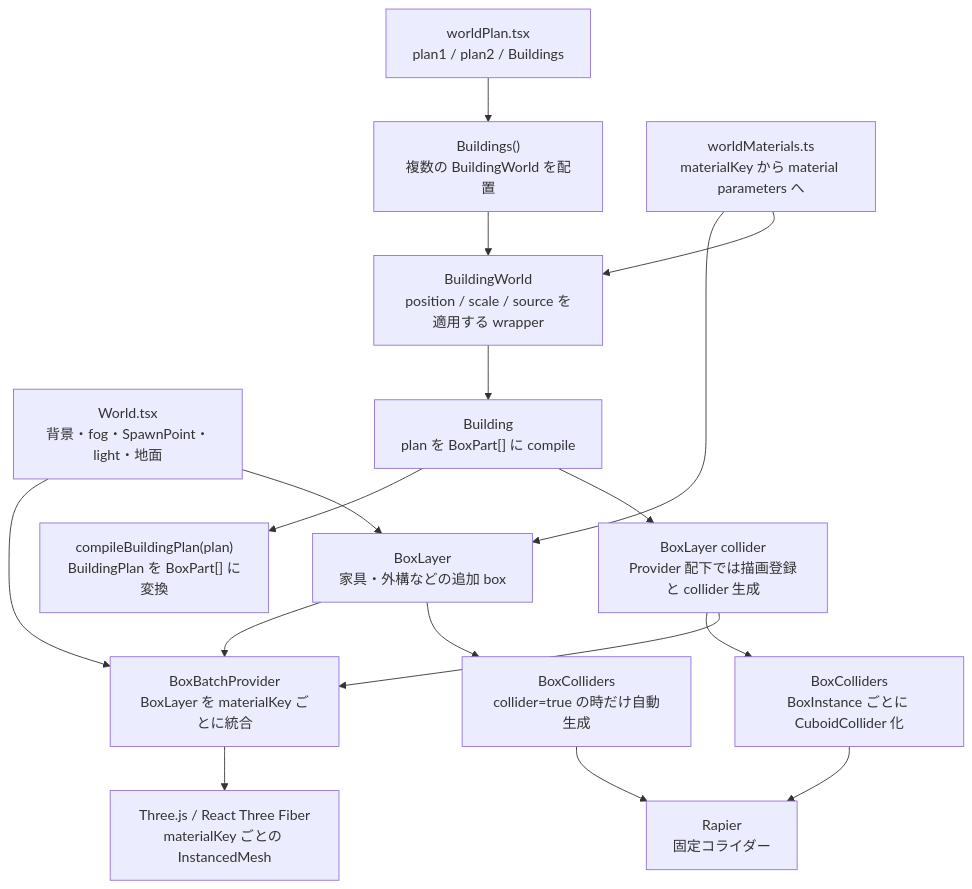
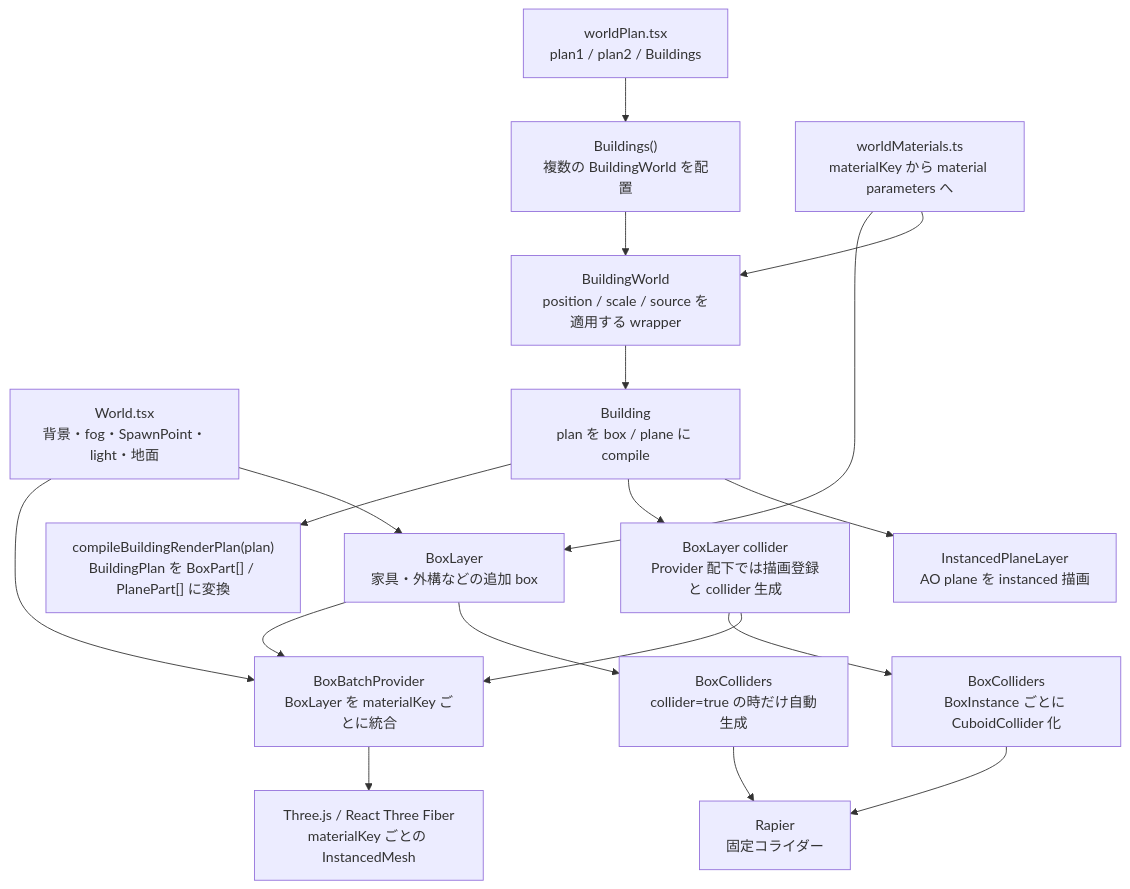
Before and after one commit to wakufactory/xrift-building: the diagram in src/building/architecture.md, drawn with Mermaid. The commit also changed other lines of this file and 6 other files, not shown here.

````diff
--- a/src/building/architecture.md
+++ b/src/building/architecture.md
@@ -13,19 +13,20 @@
 ```mermaid
 flowchart TD
   A["World.tsx<br/>背景・fog・SpawnPoint・light・地面"] --> B["BoxBatchProvider<br/>BoxLayer を materialKey ごとに統合"]
   A --> M["BoxLayer<br/>家具・外構などの追加 box"]
   M --> B
   M --> L["BoxColliders<br/>collider=true の時だけ自動生成"]
   C["worldPlan.tsx<br/>plan1 / plan2 / Buildings"] --> N["Buildings()<br/>複数の BuildingWorld を配置"]
   D["worldMaterials.ts<br/>materialKey から material parameters へ"] --> M
   D --> E
   N --> E["BuildingWorld<br/>position / scale / source を適用する wrapper"]
-  E --> F["Building<br/>plan を BoxPart[] に compile"]
-  F --> G["compileBuildingPlan(plan)<br/>BuildingPlan を BoxPart[] に変換"]
+  E --> F["Building<br/>plan を box / plane に compile"]
+  F --> G["compileBuildingRenderPlan(plan)<br/>BuildingPlan を BoxPart[] / PlanePart[] に変換"]
   F --> H["BoxLayer collider<br/>Provider 配下では描画登録と collider 生成"]
+  F --> P["InstancedPlaneLayer<br/>AO plane を instanced 描画"]
   H --> I["BoxColliders<br/>BoxInstance ごとに CuboidCollider 化"]
   H --> B
   B --> J["Three.js / React Three Fiber<br/>materialKey ごとの InstancedMesh"]
   I --> K["Rapier<br/>固定コライダー"]
   L --> K
 ```
````
